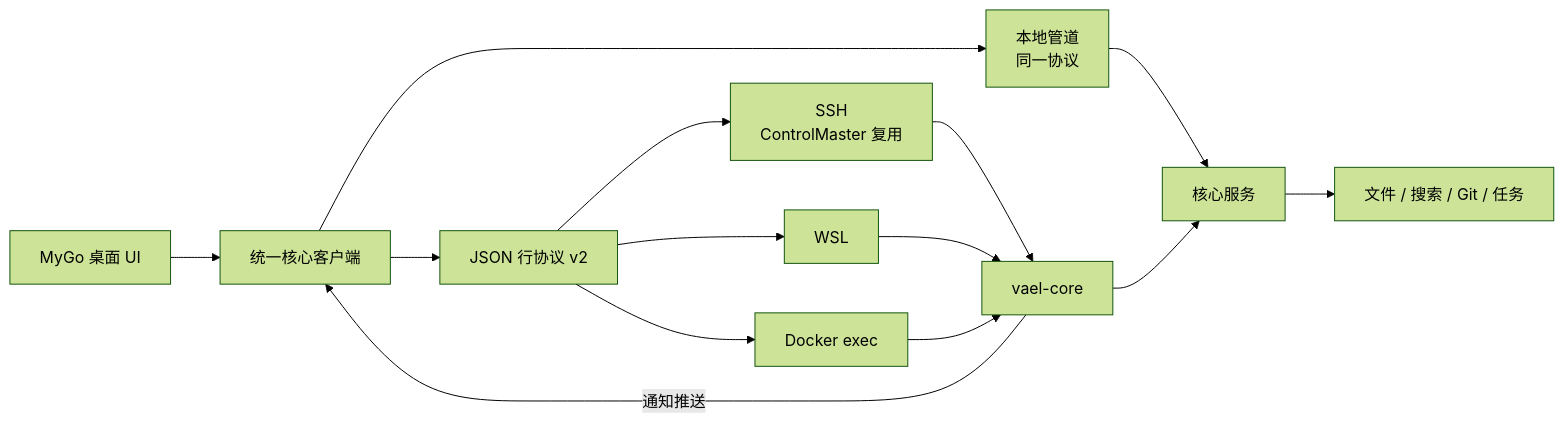
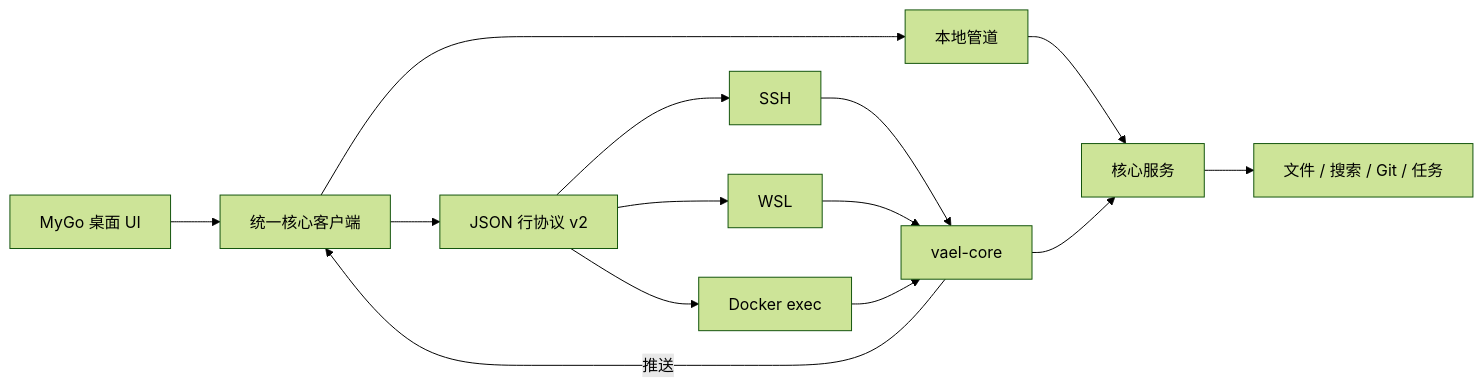
Before and after one commit to tk103331/vael: the diagram in README.md, drawn with Mermaid (forest theme). The commit also changed other lines of this file and 2 other files, not shown here.

````diff
--- a/README.md
+++ b/README.md
@@ -101,16 +44,16 @@
 ```mermaid
 flowchart LR
   UI[MyGo 桌面 UI] --> Client[统一核心客户端]
-  Client --> Local[本地管道<br/>同一协议]
+  Client --> Local[本地管道]
   Client --> Stream[JSON 行协议 v2]
-  Stream --> SSH[SSH<br/>ControlMaster 复用]
+  Stream --> SSH[SSH]
   Stream --> WSL[WSL]
   Stream --> Docker[Docker exec]
   Local --> Core[核心服务]
   SSH --> Daemon[vael-core]
   WSL --> Daemon
   Docker --> Daemon
   Daemon --> Core
   Core --> Services[文件 / 搜索 / Git / 任务]
-  Daemon -- 通知推送 --> Client
+  Daemon -- 推送 --> Client
 ```
````
